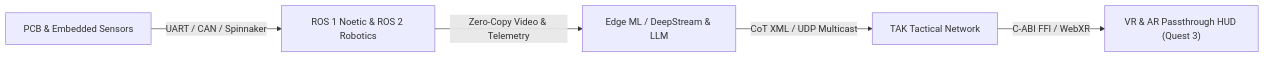
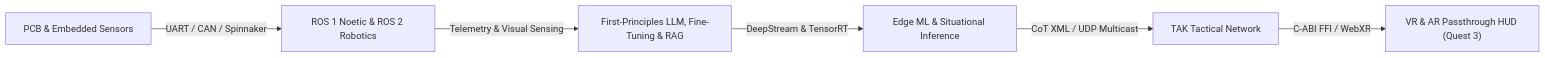
One commit to gokselozgur5/gokselozgur5 changed the diagram in README.md. Above: the diagram before and after it, drawn with Mermaid. The commit also changed other lines of this file, not shown here.

Commit message:
docs: showcase LLM pretraining, fine-tuning, RAG, parallax-core and jessy in profile

````diff
--- a/README.md
+++ b/README.md
@@ -5,7 +5,8 @@
 ```mermaid
 flowchart LR
     HW["PCB & Embedded Sensors"] -->|UART / CAN / Spinnaker| ROS["ROS 1 Noetic & ROS 2 Robotics"]
-    ROS -->|Zero-Copy Video & Telemetry| CV["Edge ML / DeepStream & LLM"]
+    ROS -->|Telemetry & Visual Sensing| LLM["First-Principles LLM, Fine-Tuning & RAG"]
+    LLM -->|DeepStream & TensorRT| CV["Edge ML & Situational Inference"]
     CV -->|CoT XML / UDP Multicast| TAK["TAK Tactical Network"]
     TAK -->|C-ABI FFI / WebXR| XR["VR & AR Passthrough HUD (Quest 3)"]
 ```
````
